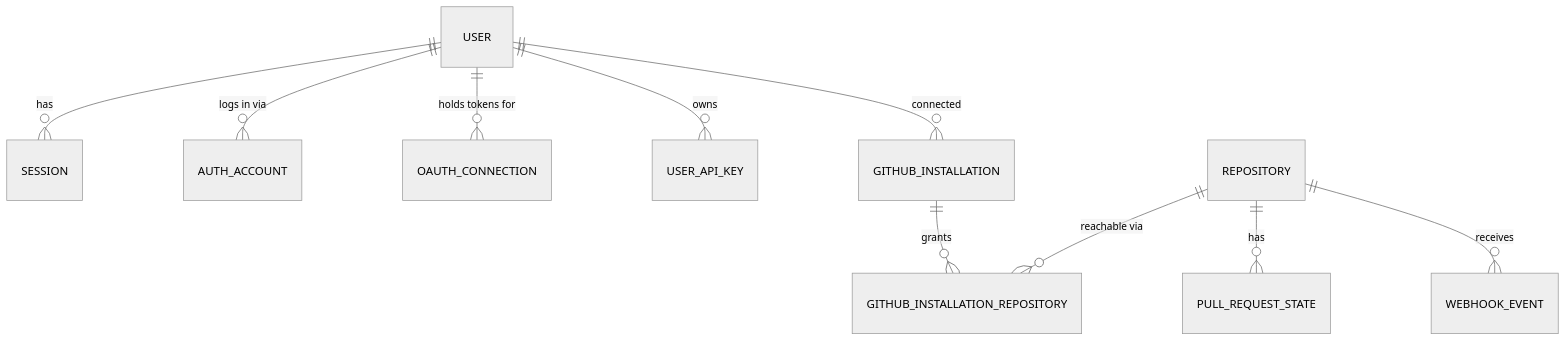
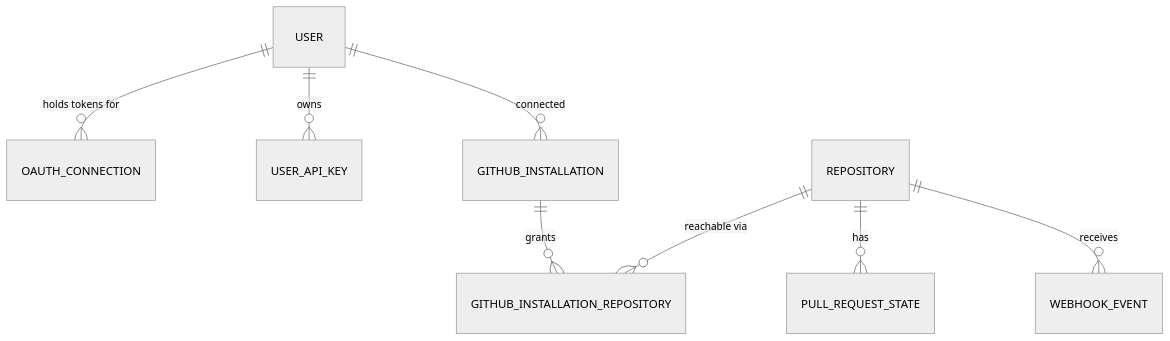
Before and after one commit to stevekinney/tribunal: the diagram in documentation/DATABASE.md, drawn with Mermaid (neutral theme). The commit also changed other lines of this file and 104 other files, not shown here.

````diff
--- a/documentation/DATABASE.md
+++ b/documentation/DATABASE.md
@@ -69,12 +73,10 @@
 ```mermaid
 erDiagram
-  USER ||--o{ SESSION : has
-  USER ||--o{ AUTH_ACCOUNT : "logs in via"
   USER ||--o{ OAUTH_CONNECTION : "holds tokens for"
   USER ||--o{ USER_API_KEY : owns
   USER ||--o{ GITHUB_INSTALLATION : connected
   GITHUB_INSTALLATION ||--o{ GITHUB_INSTALLATION_REPOSITORY : grants
   REPOSITORY ||--o{ GITHUB_INSTALLATION_REPOSITORY : "reachable via"
   REPOSITORY ||--o{ PULL_REQUEST_STATE : has
   REPOSITORY ||--o{ WEBHOOK_EVENT : receives
 ```
````
